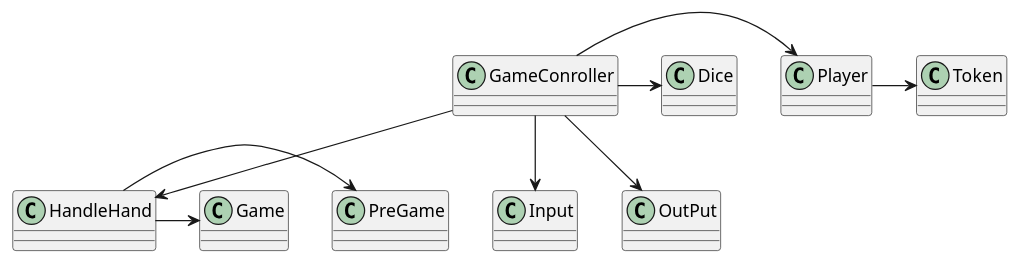
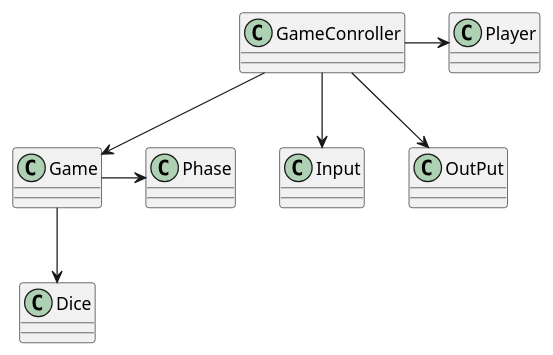
One commit to HaniehT/421 changed the diagram in Java/Diagram.puml. Above: the diagram before and after it, drawn with PlantUML. The commit also changed 1 other file, not shown here.

Commit message:
Update Diagram

```diff
--- a/Java/Diagram.puml
+++ b/Java/Diagram.puml
@@ -1,38 +1,35 @@
 @startuml
 class Dice {
 }
+
 class Player {
 }
 
-class Token {
+class Game {
 }
 
-Player -> Token
+GameConroller -> Player
+Game --> Dice
+GameConroller --> Game
 
-class HandleHand {
-}
 
- GameConroller -> Player
- GameConroller -> Dice
- GameConroller --> HandleHand
-
-class PreGame {
-}
 Class Game {
 }
 
- HandleHand -> PreGame
- HandleHand -> Game
+Class Phase {
+}
+
+Game ->  Phase
 
 Class GameConroller {
 }
 Class Input {
 }
 Class OutPut {
 }
 
 
  GameConroller --> Input
  GameConroller --> OutPut
 
 @enduml
```
